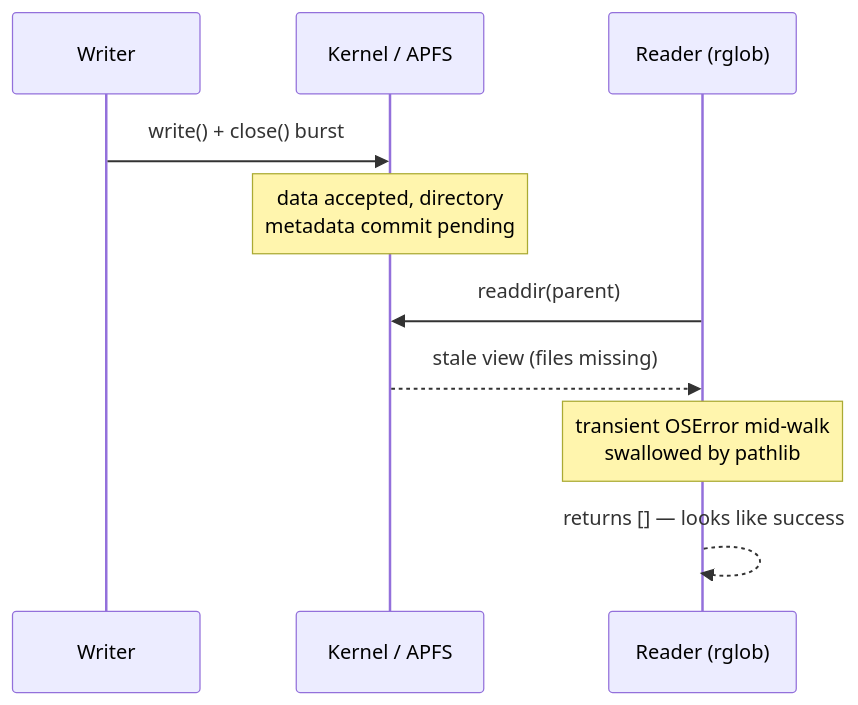
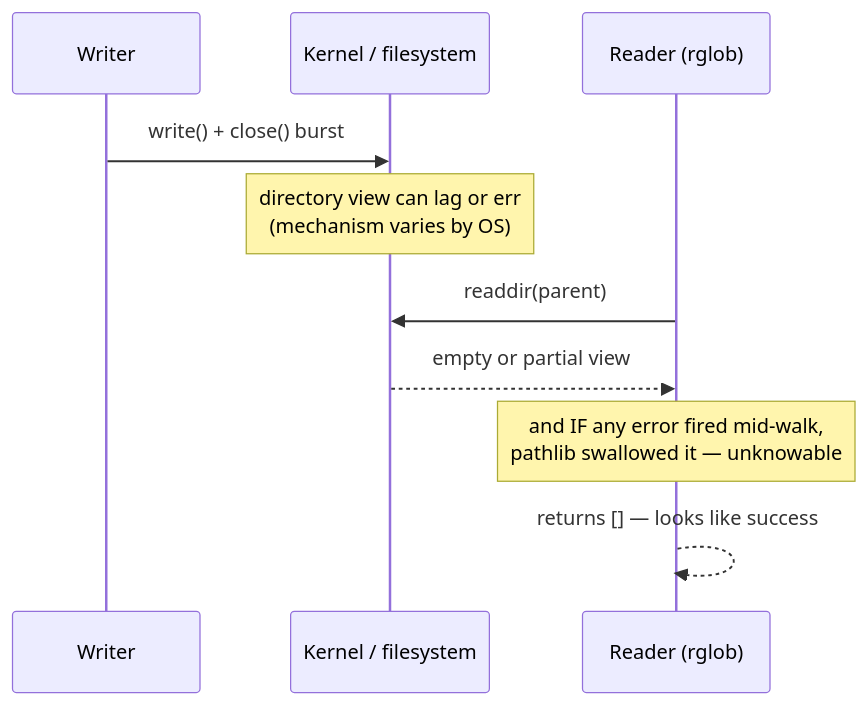
One commit to prateek11rai/sanji changed the second of 2 diagrams in docs/blog/posts/python-rglob-race.md. Above: the diagram before and after it, drawn with Mermaid. The commit also changed other lines of this file and 3 other files, not shown here.

````diff
--- a/docs/blog/posts/python-rglob-race.md
+++ b/docs/blog/posts/python-rglob-race.md
@@ -139,12 +147,12 @@
 ```mermaid
 sequenceDiagram
     participant W as Writer
-    participant K as Kernel / APFS
+    participant K as Kernel / filesystem
     participant R as Reader (rglob)
     W->>K: write() + close() burst
-    Note over K: data accepted, directory<br/>metadata commit pending
+    Note over K: directory view can lag or err<br/>(mechanism varies by OS)
     R->>K: readdir(parent)
-    K-->>R: stale view (files missing)
-    Note over R: transient OSError mid-walk<br/>swallowed by pathlib
+    K-->>R: empty or partial view
+    Note over R: and IF any error fired mid-walk,<br/>pathlib swallowed it — unknowable
     R-->>R: returns [] — looks like success
 ```
````
